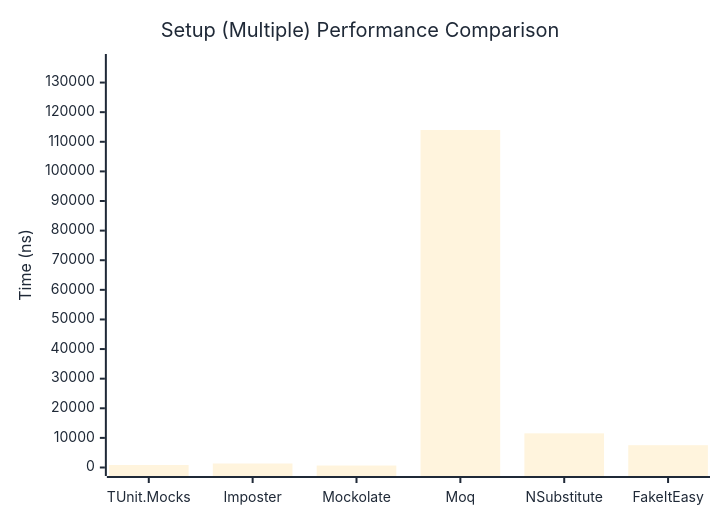
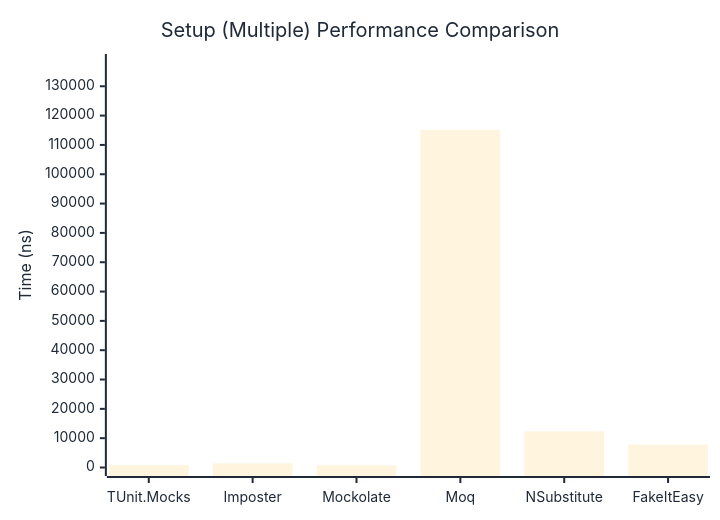
Before and after one commit to thomhurst/TUnit: the second of 2 diagrams in docs/docs/benchmarks/mocks/Setup.md, drawn with Mermaid. The commit also changed other lines of this file and 14 other files, not shown here.

````diff
--- a/docs/docs/benchmarks/mocks/Setup.md
+++ b/docs/docs/benchmarks/mocks/Setup.md
@@ -69,27 +69,27 @@
 ```mermaid
 %%{init: {
   'theme':'base',
   'themeVariables': {
     'primaryColor': '#2563eb',
     'primaryTextColor': '#1f2937',
     'primaryBorderColor': '#1e40af',
     'lineColor': '#6b7280',
     'secondaryColor': '#7c3aed',
     'tertiaryColor': '#dc2626',
     'background': '#ffffff',
     'pie1': '#2563eb',
     'pie2': '#7c3aed',
     'pie3': '#dc2626',
     'pie4': '#f59e0b',
     'pie5': '#10b981',
     'pie6': '#06b6d4',
     'pie7': '#ec4899',
     'pie8': '#6366f1'
   }
 }}%%
 xychart-beta
   title "Setup (Multiple) Performance Comparison"
   x-axis ["TUnit.Mocks", "Imposter", "Mockolate", "Moq", "NSubstitute", "FakeItEasy"]
-  y-axis "Time (ns)" 0 --> 136776
-  bar [845.1, 1352.8, 663.3, 113979.4, 11534.6, 7531.7]
+  y-axis "Time (ns)" 0 --> 138107
+  bar [803, 1409.6, 741.1, 115088.7, 12310.4, 7799.4]
 ```
````
